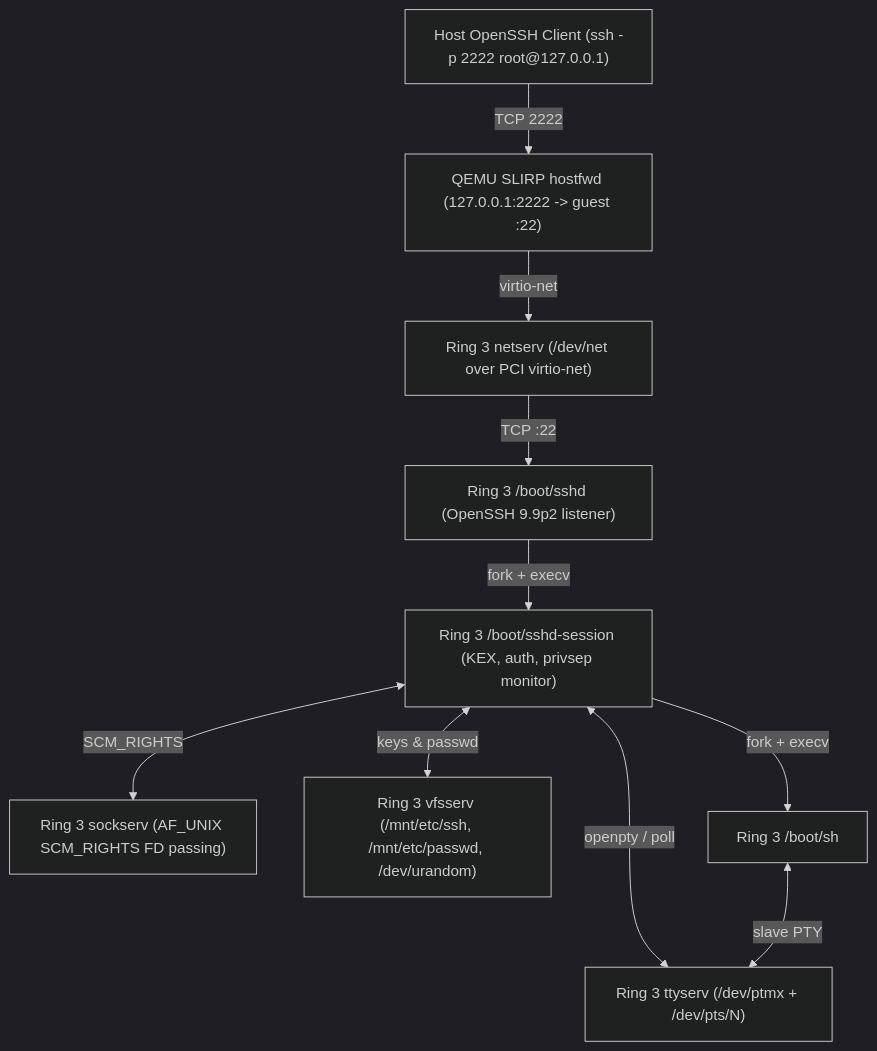
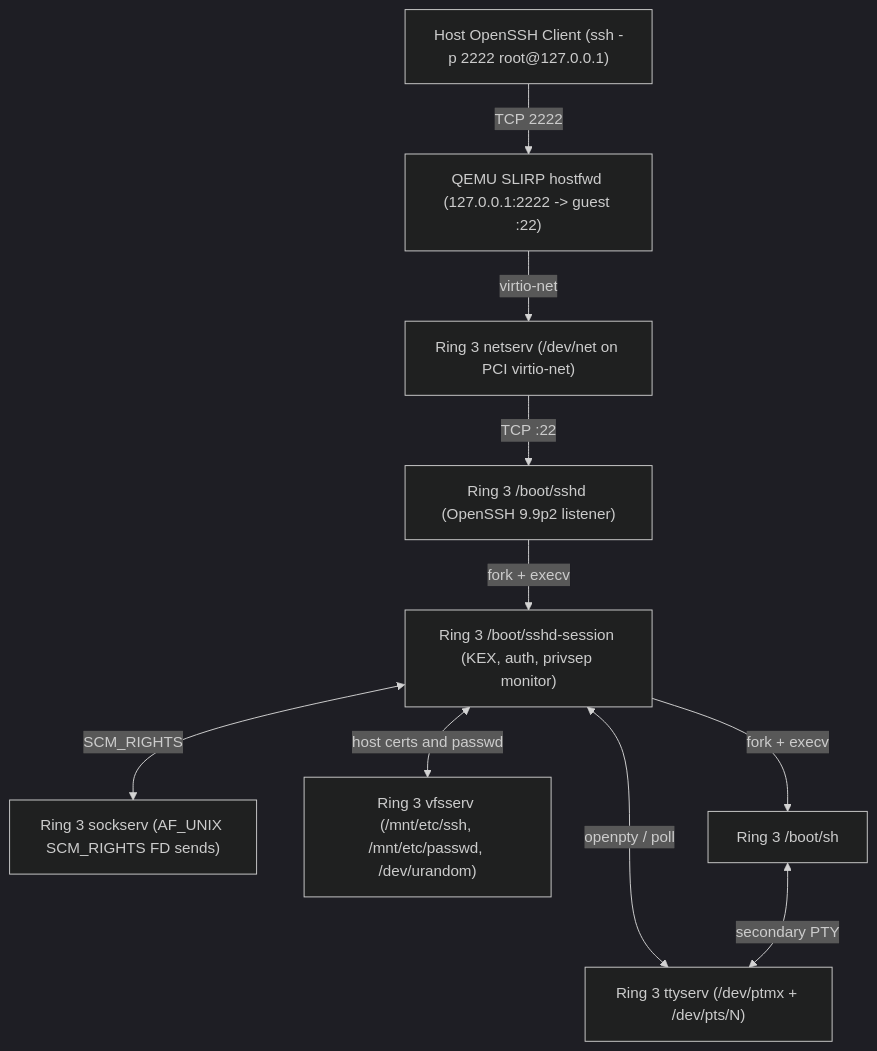
The diagram in docs/30-architecture/adr/ADR_0054.md (Deniz-Eren/microkernel), drawn with Mermaid (dark theme) before and after one commit. The commit also changed other lines of this file and 151 other files, not shown here.

````diff
--- a/docs/30-architecture/adr/ADR_0054.md
+++ b/docs/30-architecture/adr/ADR_0054.md
@@ -24,22 +24,22 @@
 ```mermaid
 flowchart TD
     HOST["Host OpenSSH Client (ssh -p 2222 root@127.0.0.1)"]
     SLIRP["QEMU SLIRP hostfwd (127.0.0.1:2222 -> guest :22)"]
-    NET["Ring 3 netserv (/dev/net over PCI virtio-net)"]
+    NET["Ring 3 netserv (/dev/net on PCI virtio-net)"]
     SSHD["Ring 3 /boot/sshd (OpenSSH 9.9p2 listener)"]
     SESS["Ring 3 /boot/sshd-session (KEX, auth, privsep monitor)"]
-    SOCK["Ring 3 sockserv (AF_UNIX SCM_RIGHTS FD passing)"]
+    SOCK["Ring 3 sockserv (AF_UNIX SCM_RIGHTS FD sends)"]
     TTY["Ring 3 ttyserv (/dev/ptmx + /dev/pts/N)"]
     VFS["Ring 3 vfsserv (/mnt/etc/ssh, /mnt/etc/passwd, /dev/urandom)"]
     SH["Ring 3 /boot/sh"]
 
     HOST -->|"TCP 2222"| SLIRP
     SLIRP -->|"virtio-net"| NET
     NET -->|"TCP :22"| SSHD
     SSHD -->|"fork + execv"| SESS
     SESS <-->|"SCM_RIGHTS"| SOCK
     SESS <-->|"openpty / poll"| TTY
-    SESS <-->|"keys & passwd"| VFS
+    SESS <-->|"host certs and passwd"| VFS
     SESS -->|"fork + execv"| SH
-    SH <-->|"slave PTY"| TTY
+    SH <-->|"secondary PTY"| TTY
 ```
````
